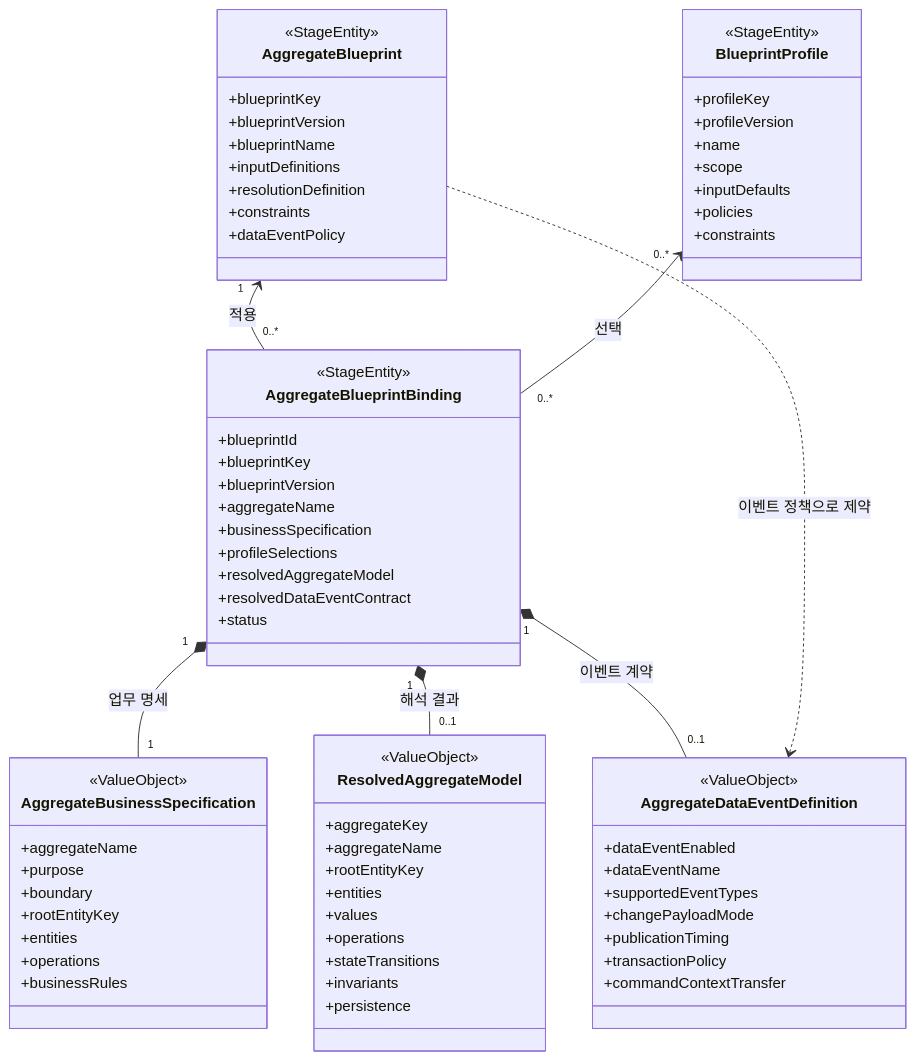
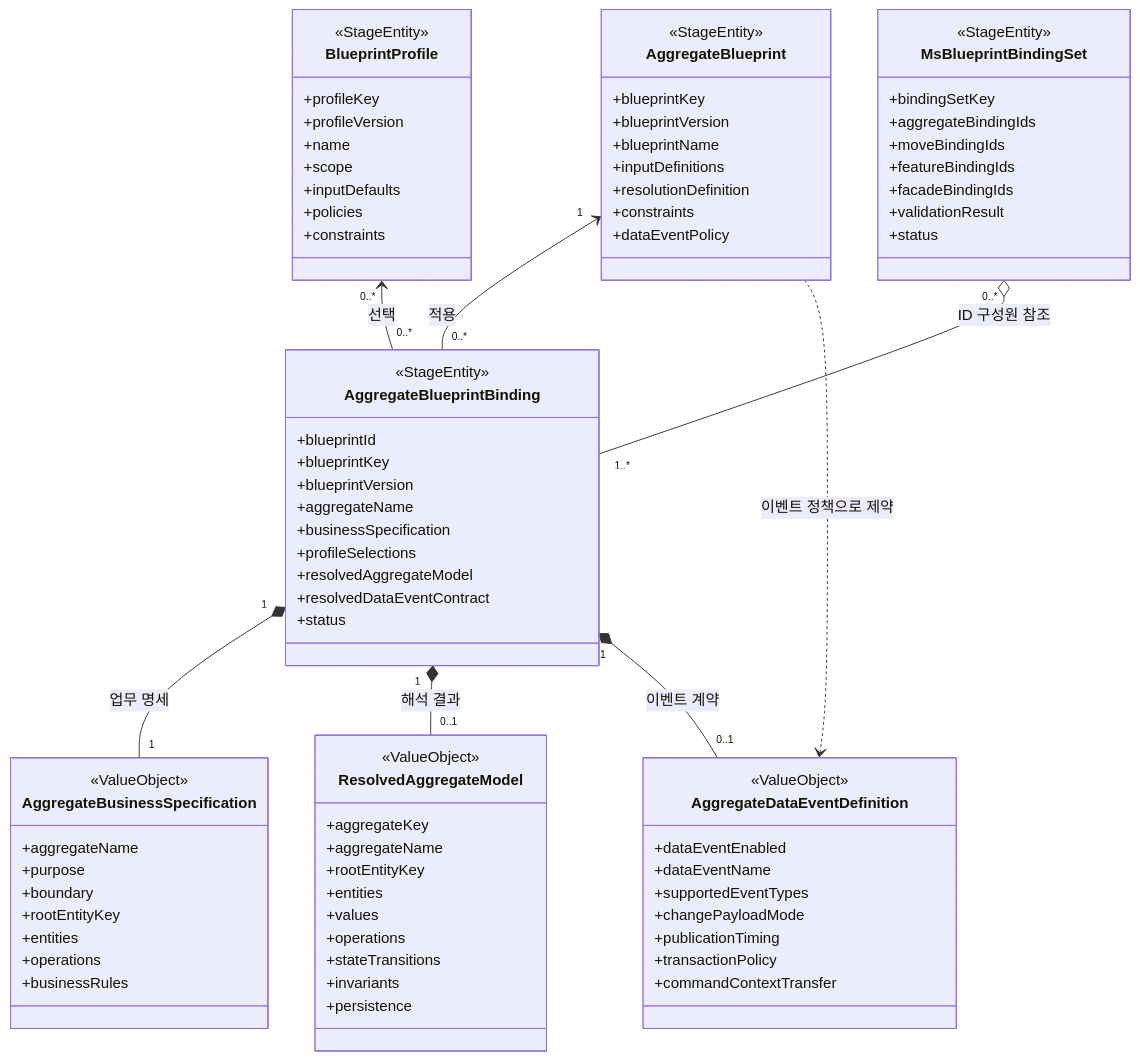
The diagram in dev/maro/ai/BLUEPRINT_IMPLEMENTATION_GUIDE.md (duckeight/work-note), drawn with Mermaid before and after one commit. The commit also changed other lines of this file and 6 other files, not shown here.

````diff
--- a/dev/maro/ai/BLUEPRINT_IMPLEMENTATION_GUIDE.md
+++ b/dev/maro/ai/BLUEPRINT_IMPLEMENTATION_GUIDE.md
@@ -329,10 +357,22 @@
         +commandContextTransfer
     }
 
+    class MsBlueprintBindingSet {
+        <<StageEntity>>
+        +bindingSetKey
+        +aggregateBindingIds
+        +moveBindingIds
+        +featureBindingIds
+        +facadeBindingIds
+        +validationResult
+        +status
+    }
+
     AggregateBlueprint "1" <-- "0..*" AggregateBlueprintBinding : 적용
     BlueprintProfile "0..*" <-- "0..*" AggregateBlueprintBinding : 선택
     AggregateBlueprintBinding "1" *-- "1" AggregateBusinessSpecification : 업무 명세
     AggregateBlueprintBinding "1" *-- "0..1" ResolvedAggregateModel : 해석 결과
     AggregateBlueprintBinding "1" *-- "0..1" AggregateDataEventDefinition : 이벤트 계약
     AggregateBlueprint ..> AggregateDataEventDefinition : 이벤트 정책으로 제약
+    MsBlueprintBindingSet "0..*" o-- "1..*" AggregateBlueprintBinding : ID 구성원 참조
 ```
````
